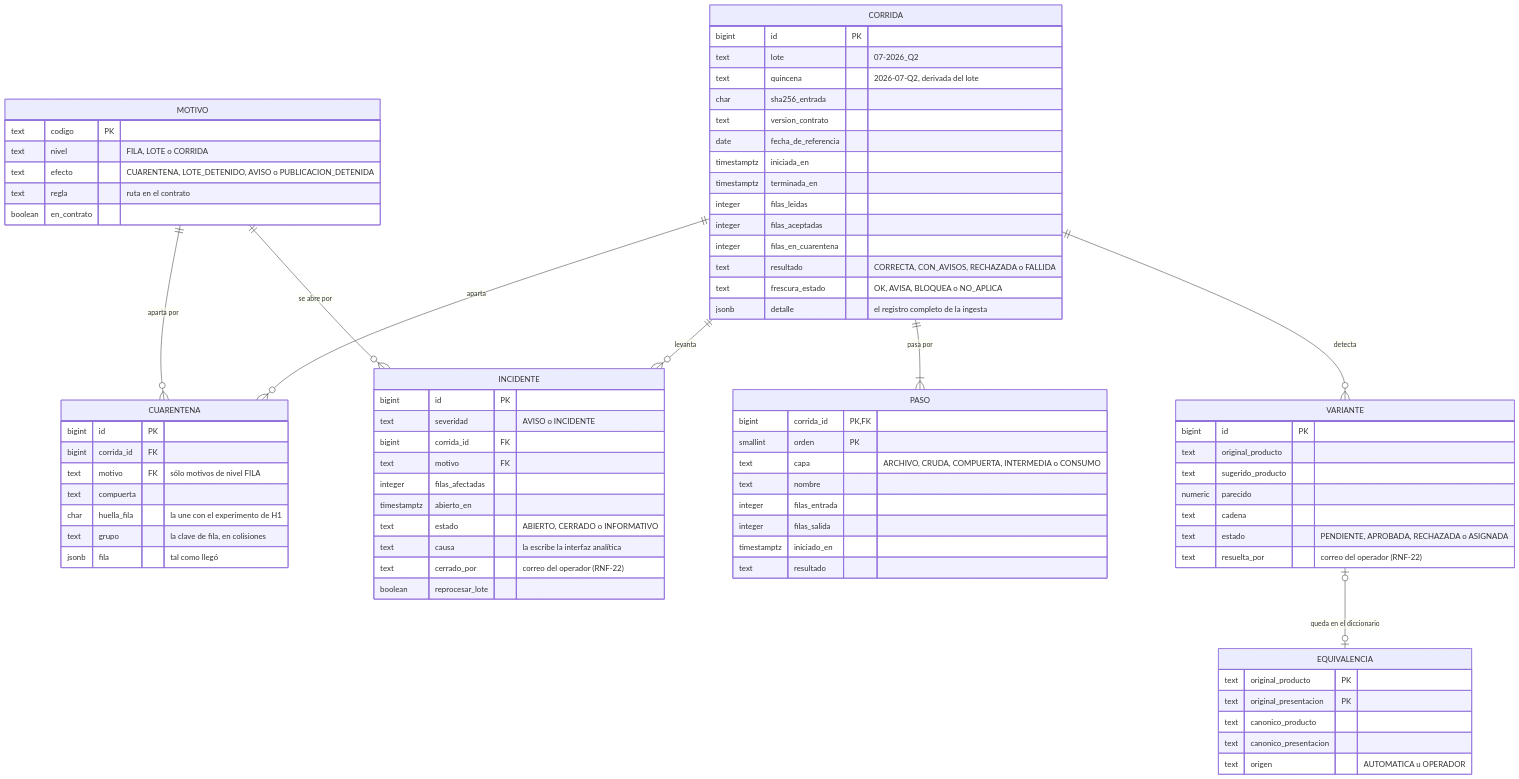
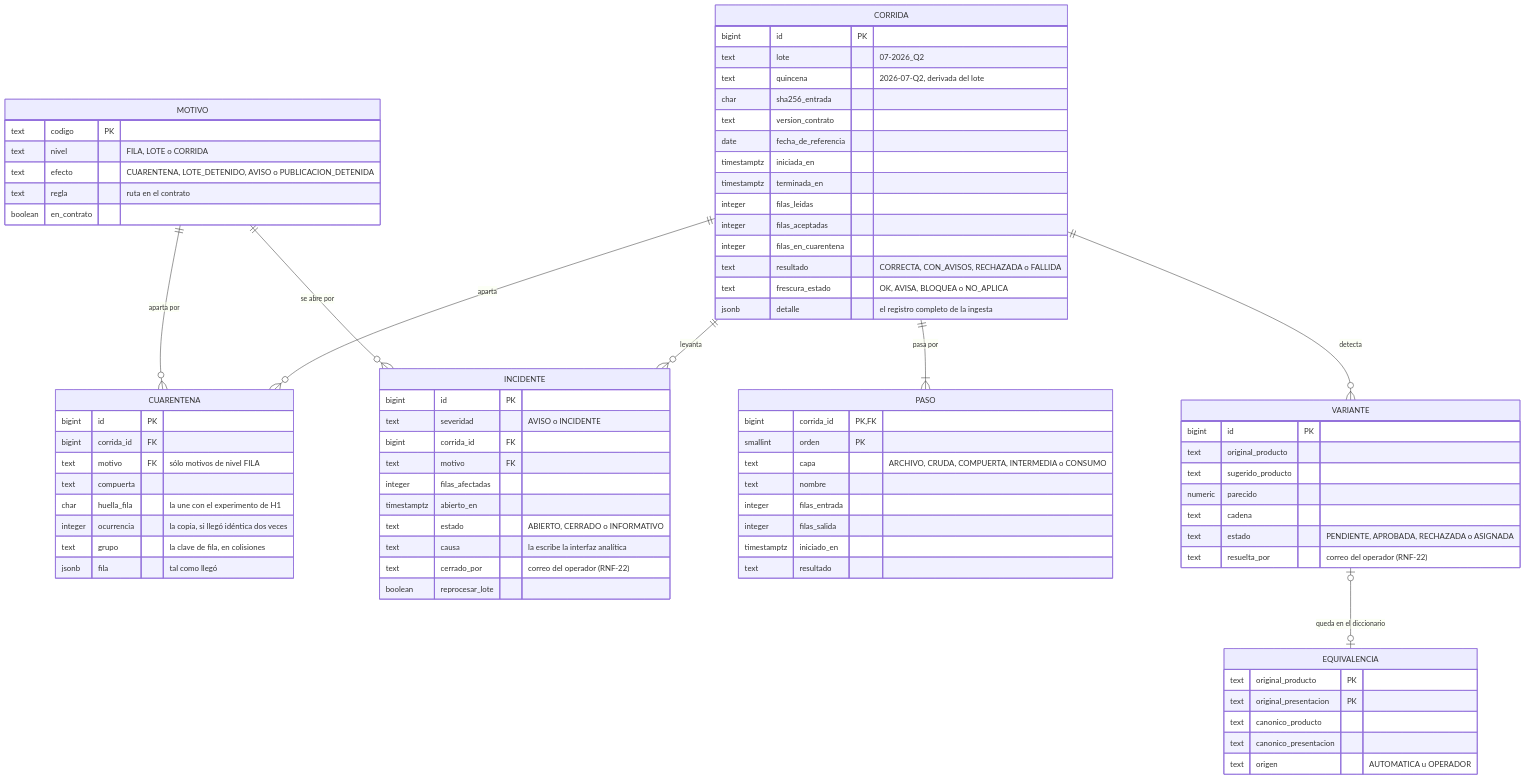
One commit to arik36/canastamx changed the diagram in docs/datos/esquema-de-operacion.md. Above: the diagram before and after it, drawn with Mermaid. The commit also changed other lines of this file and 6 other files, not shown here.

````diff
--- a/docs/datos/esquema-de-operacion.md
+++ b/docs/datos/esquema-de-operacion.md
@@ -27,81 +28,82 @@
 ```mermaid
 erDiagram
     MOTIVO ||--o{ CUARENTENA : "aparta por"
     MOTIVO ||--o{ INCIDENTE : "se abre por"
     CORRIDA ||--|{ PASO : "pasa por"
     CORRIDA ||--o{ CUARENTENA : "aparta"
     CORRIDA ||--o{ INCIDENTE : "levanta"
     CORRIDA ||--o{ VARIANTE : "detecta"
     VARIANTE |o--o| EQUIVALENCIA : "queda en el diccionario"
 
     MOTIVO {
         text codigo PK
         text nivel "FILA, LOTE o CORRIDA"
         text efecto "CUARENTENA, LOTE_DETENIDO, AVISO o PUBLICACION_DETENIDA"
         text regla "ruta en el contrato"
         boolean en_contrato
     }
     CORRIDA {
         bigint id PK
         text lote "07-2026_Q2"
         text quincena "2026-07-Q2, derivada del lote"
         char sha256_entrada
         text version_contrato
         date fecha_de_referencia
         timestamptz iniciada_en
         timestamptz terminada_en
         integer filas_leidas
         integer filas_aceptadas
         integer filas_en_cuarentena
         text resultado "CORRECTA, CON_AVISOS, RECHAZADA o FALLIDA"
         text frescura_estado "OK, AVISA, BLOQUEA o NO_APLICA"
         jsonb detalle "el registro completo de la ingesta"
     }
     PASO {
         bigint corrida_id PK, FK
         smallint orden PK
         text capa "ARCHIVO, CRUDA, COMPUERTA, INTERMEDIA o CONSUMO"
         text nombre
         integer filas_entrada
         integer filas_salida
         timestamptz iniciado_en
         text resultado
     }
     CUARENTENA {
         bigint id PK
         bigint corrida_id FK
         text motivo FK "sólo motivos de nivel FILA"
         text compuerta
         char huella_fila "la une con el experimento de H1"
+        integer ocurrencia "la copia, si llegó idéntica dos veces"
         text grupo "la clave de fila, en colisiones"
         jsonb fila "tal como llegó"
     }
     INCIDENTE {
         bigint id PK
         text severidad "AVISO o INCIDENTE"
         bigint corrida_id FK
         text motivo FK
         integer filas_afectadas
         timestamptz abierto_en
         text estado "ABIERTO, CERRADO o INFORMATIVO"
         text causa "la escribe la interfaz analítica"
         text cerrado_por "correo del operador (RNF-22)"
         boolean reprocesar_lote
     }
     VARIANTE {
         bigint id PK
         text original_producto
         text sugerido_producto
         numeric parecido
         text cadena
         text estado "PENDIENTE, APROBADA, RECHAZADA o ASIGNADA"
         text resuelta_por "correo del operador (RNF-22)"
     }
     EQUIVALENCIA {
         text original_producto PK
         text original_presentacion PK
         text canonico_producto
         text canonico_presentacion
         text origen "AUTOMATICA u OPERADOR"
     }
 ```
````
